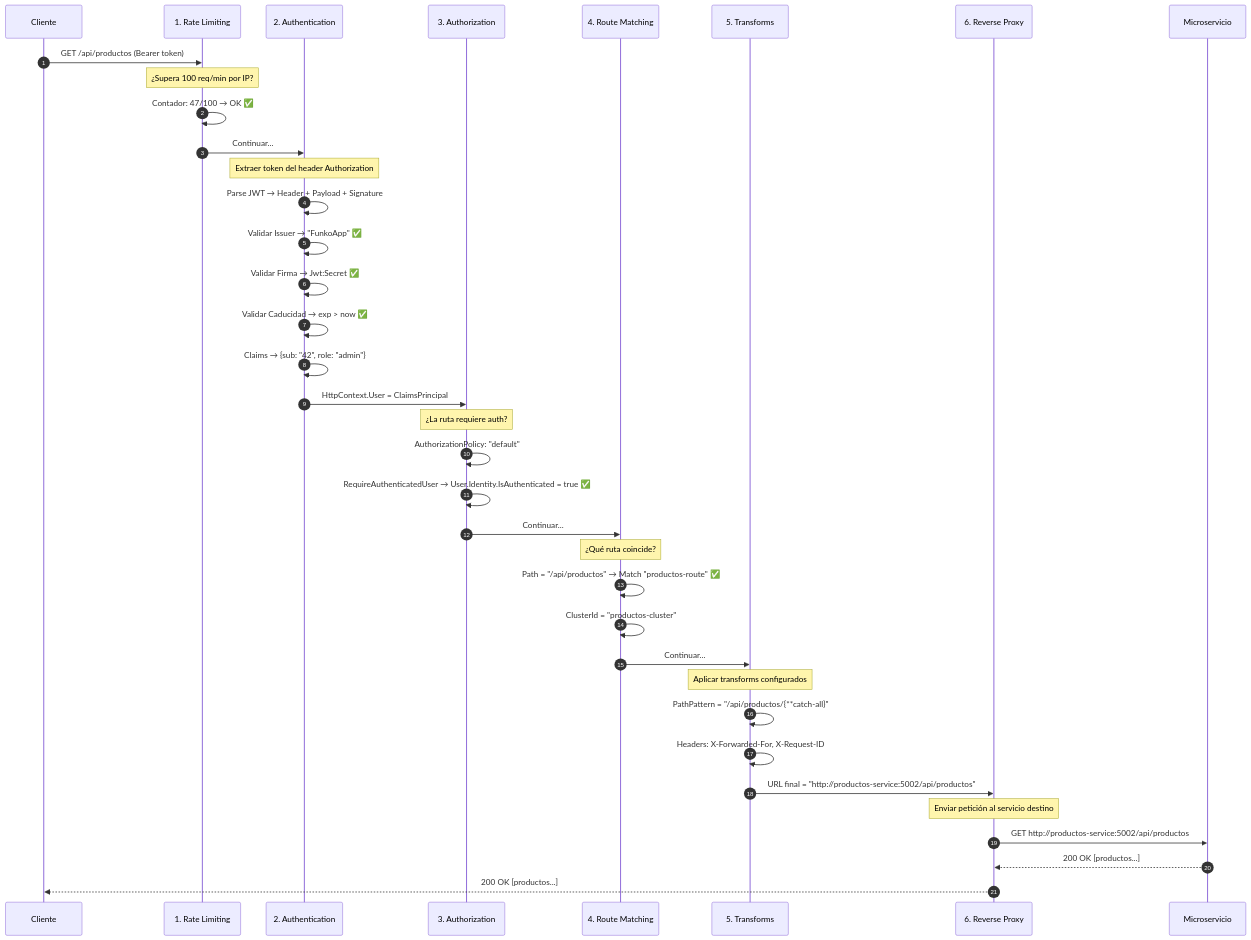
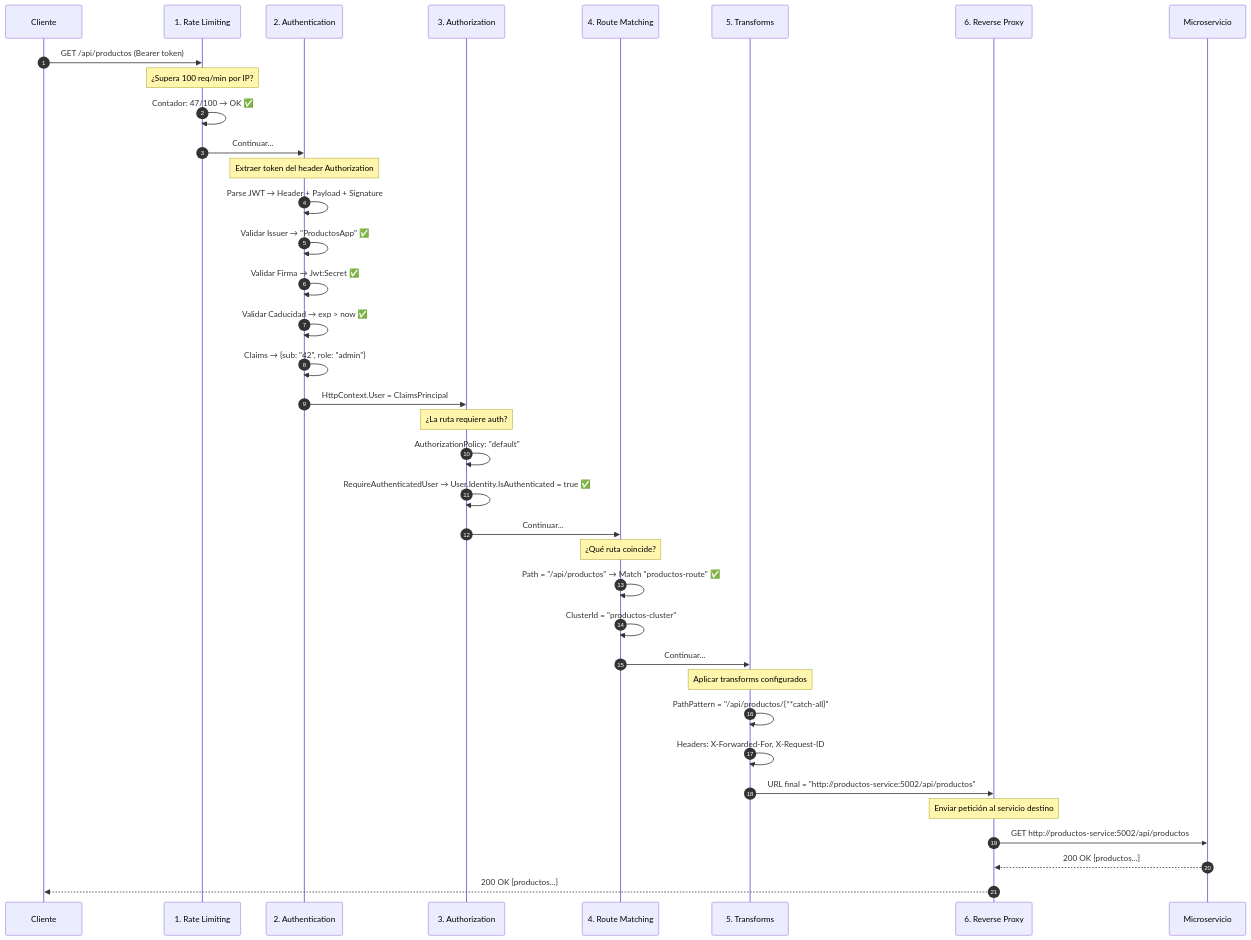
Before and after one commit to joseluisgs/DesarrolloWebEntornosServidor-02-2026-2027: the ninth of 10 diagrams in 31-api-gateway.md, drawn with Mermaid. The commit also changed other lines of this file and 27 other files, not shown here.

Commit message:
docs: migrar el dominio del cuerpo de Funko a Producto, titular los retos con FunkoApp y renumerar el tema 11

````diff
--- a/31-api-gateway.md
+++ b/31-api-gateway.md
@@ -679,45 +679,45 @@
 ```mermaid
 sequenceDiagram
     autonumber
     participant Cliente as Cliente
     participant RateLimit as 1. Rate Limiting
     participant Auth as 2. Authentication
     participant Authoriz as 3. Authorization
     participant Route as 4. Route Matching
     participant Transform as 5. Transforms
     participant Proxy as 6. Reverse Proxy
     participant Service as Microservicio
 
     Cliente->>RateLimit: GET /api/productos (Bearer token)
     Note over RateLimit: ¿Supera 100 req/min por IP?
     RateLimit->>RateLimit: Contador: 47/100 → OK ✅
     RateLimit->>Auth: Continuar...
 
     Note over Auth: Extraer token del header Authorization
     Auth->>Auth: Parse JWT → Header + Payload + Signature
-    Auth->>Auth: Validar Issuer → "FunkoApp" ✅
+    Auth->>Auth: Validar Issuer → "ProductosApp" ✅
     Auth->>Auth: Validar Firma → Jwt:Secret ✅
     Auth->>Auth: Validar Caducidad → exp > now ✅
     Auth->>Auth: Claims → {sub: "42", role: "admin"}
     Auth->>Authoriz: HttpContext.User = ClaimsPrincipal
 
     Note over Authoriz: ¿La ruta requiere auth?
     Authoriz->>Authoriz: AuthorizationPolicy: "default"
     Authoriz->>Authoriz: RequireAuthenticatedUser → User.Identity.IsAuthenticated = true ✅
     Authoriz->>Route: Continuar...
 
     Note over Route: ¿Qué ruta coincide?
     Route->>Route: Path = "/api/productos" → Match "productos-route" ✅
     Route->>Route: ClusterId = "productos-cluster"
     Route->>Transform: Continuar...
 
     Note over Transform: Aplicar transforms configurados
     Transform->>Transform: PathPattern = "/api/productos/{**catch-all}"
     Transform->>Transform: Headers: X-Forwarded-For, X-Request-ID
     Transform->>Proxy: URL final = "http://productos-service:5002/api/productos"
 
     Note over Proxy: Enviar petición al servicio destino
     Proxy->>Service: GET http://productos-service:5002/api/productos
     Service-->>Proxy: 200 OK [productos...]
     Proxy-->>Cliente: 200 OK [productos...]
 ```
````
